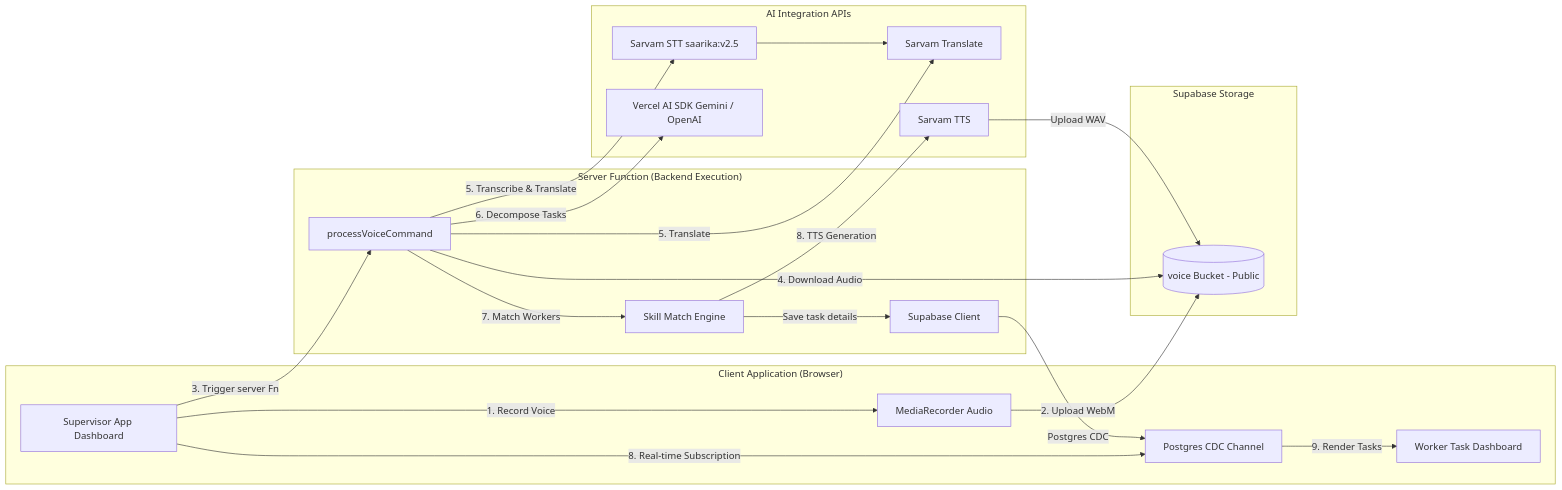
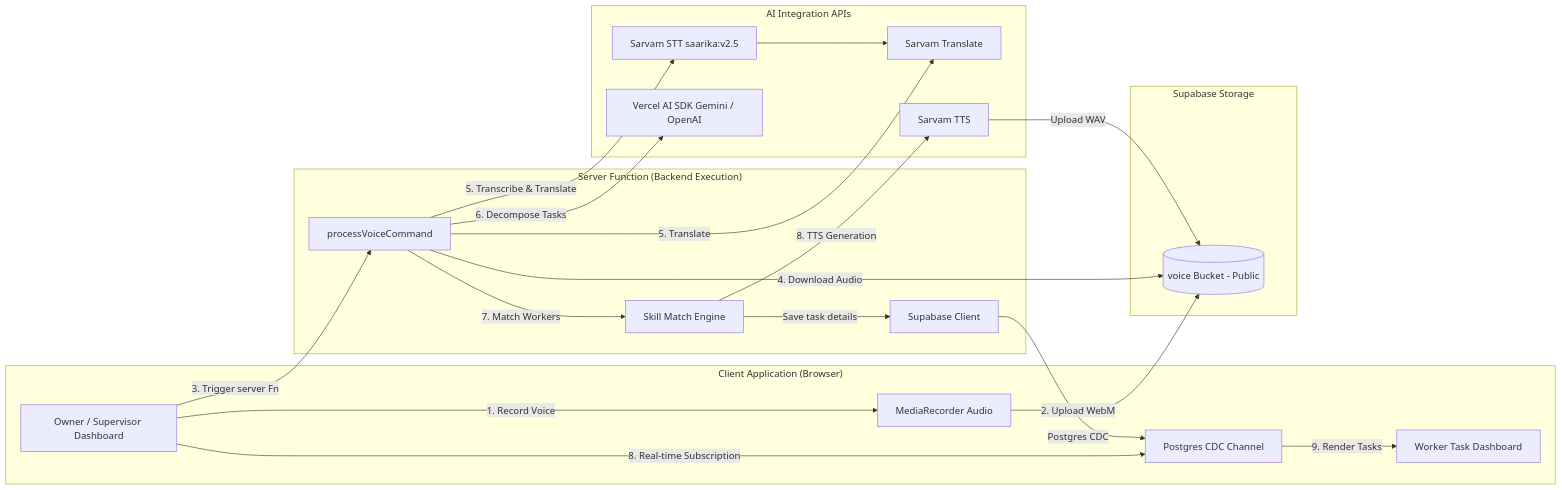
The third of 3 diagrams in README.md (vamshi726/ai_staff_broker), drawn with Mermaid before and after one commit. The commit also changed other lines of this file, not shown here.

Commit message:
docs: add owner to sequence and architecture diagrams

````diff
--- a/README.md
+++ b/README.md
@@ -83,38 +83,38 @@
 ```mermaid
 graph LR
     subgraph Client ["Client Application (Browser)"]
-        UI[Supervisor App Dashboard] -->|1. Record Voice| Mic[MediaRecorder Audio]
+        UI["Owner / Supervisor Dashboard"] -->|1. Record Voice| Mic[MediaRecorder Audio]
         UI -->|8. Real-time Subscription| CDC[Postgres CDC Channel]
         CDC -->|9. Render Tasks| WorkerUI[Worker Task Dashboard]
     end
 
     subgraph Storage ["Supabase Storage"]
         Bucket[(voice Bucket - Public)]
     end
 
     subgraph Backend ["Server Function (Backend Execution)"]
         Proc[processVoiceCommand]
         Match[Skill Match Engine]
         DB[Supabase Client]
     end
 
     subgraph AIService ["AI Integration APIs"]
         STT[Sarvam STT saarika:v2.5]
         Trans[Sarvam Translate]
         TTS[Sarvam TTS]
         LLM[Vercel AI SDK Gemini / OpenAI]
     end
 
     Mic -->|2. Upload WebM| Bucket
     UI -->|3. Trigger server Fn| Proc
     Proc -->|4. Download Audio| Bucket
     Proc -->|5. Transcribe & Translate| STT
     Proc -->|5. Translate| Trans
     STT --> Trans
     Proc -->|6. Decompose Tasks| LLM
     Proc -->|7. Match Workers| Match
     Match -->|Save task details| DB
     Match -->|8. TTS Generation| TTS
     TTS -->|Upload WAV| Bucket
     DB -->|Postgres CDC| CDC
 ```
````
